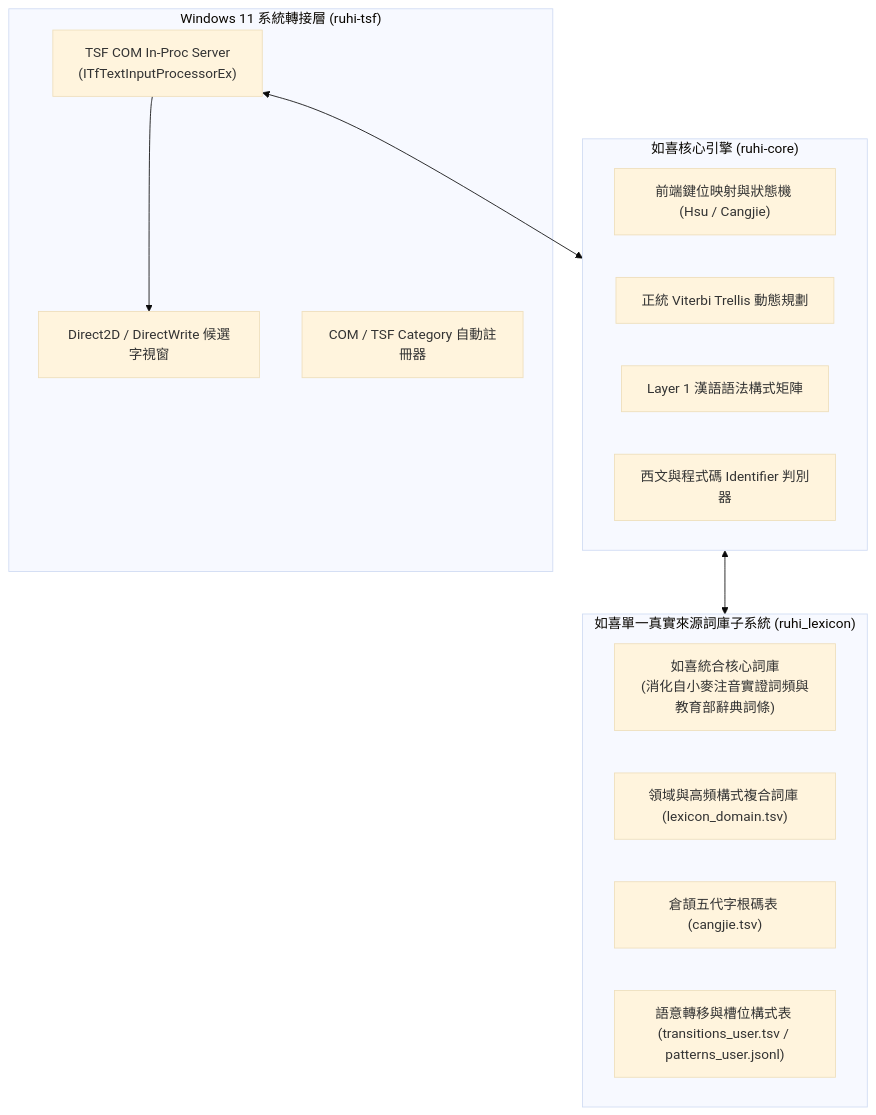
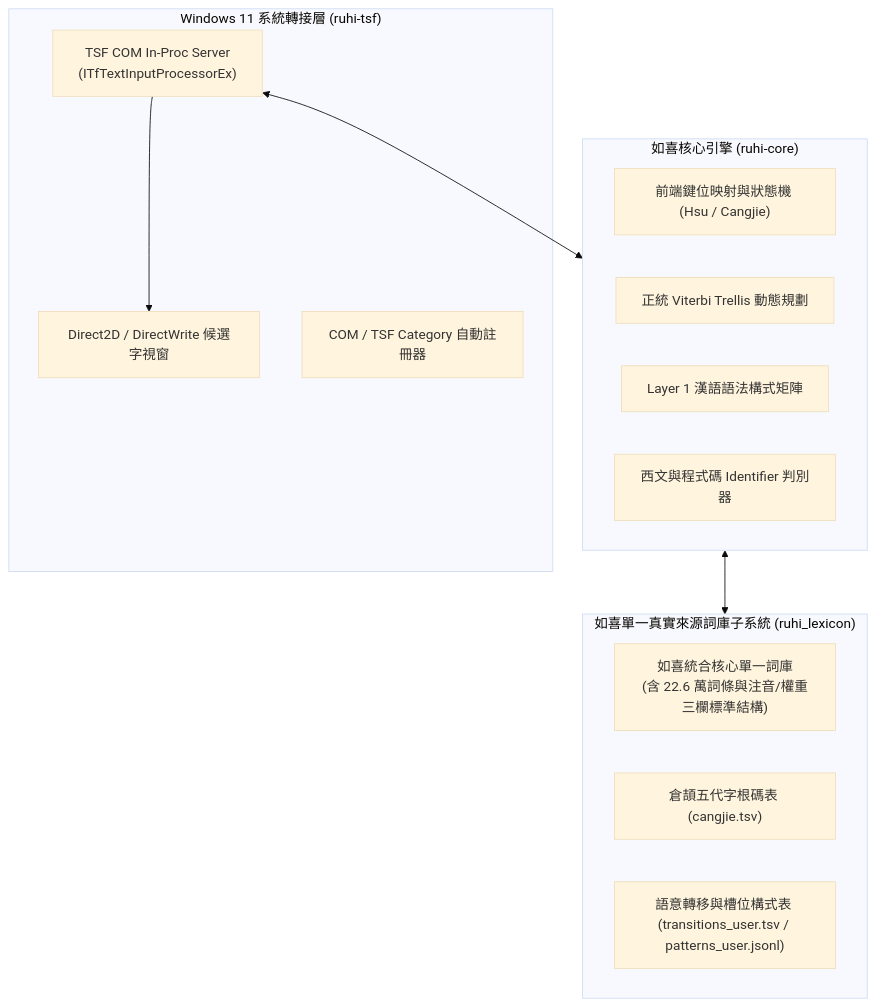
One commit to Yuktesha/ruhi changed the diagram in README.md. Above: the diagram before and after it, drawn with Mermaid (base theme). The commit also changed other lines of this file and 58 other files, not shown here.

Commit message:
feat(core,settings,tsf): unify 3-column lexicon_core.tsv, extract pure ruhi-settings & converge CER to 5.37%

````diff
--- a/README.md
+++ b/README.md
@@ -124,26 +124,25 @@
 ```mermaid
 flowchart TD
     subgraph UI["Windows 11 系統轉接層 (ruhi-tsf)"]
         COM["TSF COM In-Proc Server<br/>(ITfTextInputProcessorEx)"]
         D2D["Direct2D / DirectWrite 候選字視窗"]
         Reg["COM / TSF Category 自動註冊器"]
     end
 
     subgraph CoreEngine["如喜核心引擎 (ruhi-core)"]
         FSM["前端鍵位映射與狀態機 (Hsu / Cangjie)"]
         Trellis["正統 Viterbi Trellis 動態規劃"]
         Grammar["Layer 1 漢語語法構式矩陣"]
         Western["西文與程式碼 Identifier 判別器"]
     end
 
     subgraph LexiconSubsystem["如喜單一真實來源詞庫子系統 (ruhi_lexicon)"]
-        CoreLex["如喜統合核心詞庫<br/>(消化自小麥注音實證詞頻與教育部辭典詞條)"]
-        DomainLex["領域與高頻構式複合詞庫 (lexicon_domain.tsv)"]
+        CoreLex["如喜統合核心單一詞庫<br/>(含 22.6 萬詞條與注音/權重三欄標準結構)"]
         CJ["倉頡五代字根碼表 (cangjie.tsv)"]
         Transitions["語意轉移與槽位構式表 (transitions_user.tsv / patterns_user.jsonl)"]
     end
 
     COM <--> CoreEngine
     CoreEngine <--> LexiconSubsystem
     COM --> D2D
 ```
````
